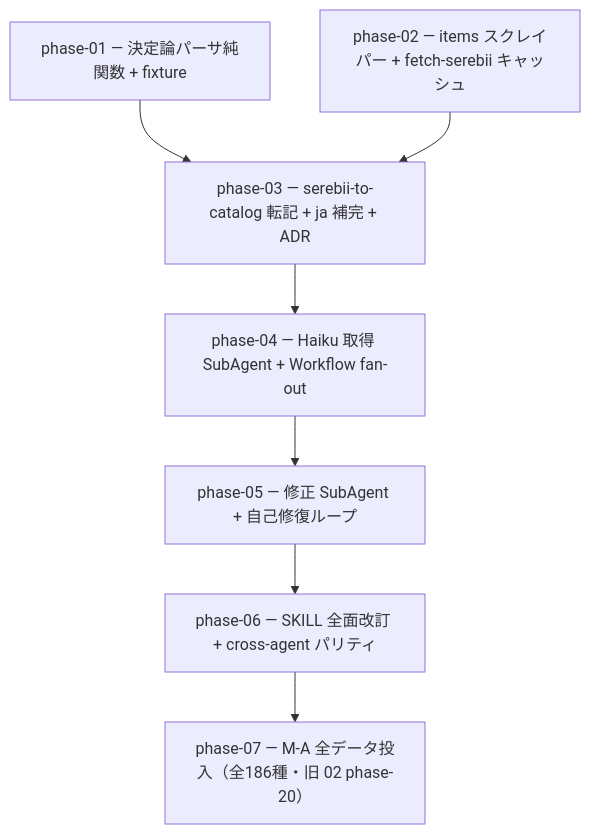
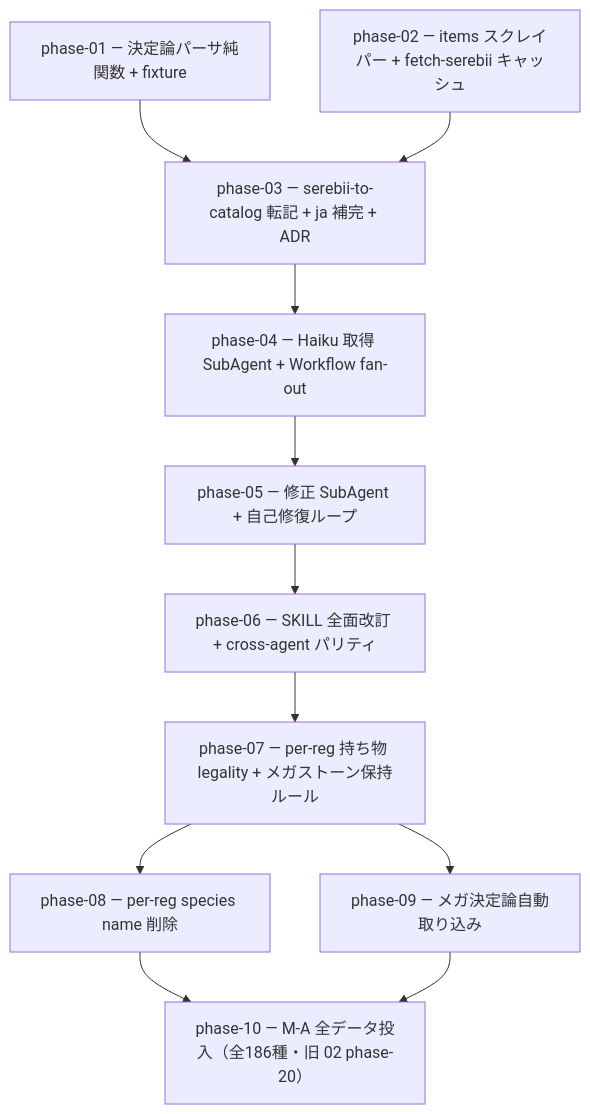
The diagram in docs/plan/03-survey-regulation-rework/README.md (subroh0508/pokeform), drawn with Mermaid before and after one commit. The commit also changed other lines of this file and 9 other files, not shown here.

First line of the commit message:
docs(plan): plan 03 へ per-reg legality / メガ決定論 / name 削除の 3 phase を挿入（M-A 全投入の前段）

````diff
--- a/docs/plan/03-survey-regulation-rework/README.md
+++ b/docs/plan/03-survey-regulation-rework/README.md
@@ -14,9 +16,13 @@
 ```mermaid
 flowchart TD
     P1[phase-01 — 決定論パーサ純関数 + fixture] --> P3[phase-03 — serebii-to-catalog 転記 + ja 補完 + ADR]
     P2[phase-02 — items スクレイパー + fetch-serebii キャッシュ] --> P3
     P3 --> P4[phase-04 — Haiku 取得 SubAgent + Workflow fan-out]
     P4 --> P5[phase-05 — 修正 SubAgent + 自己修復ループ]
     P5 --> P6[phase-06 — SKILL 全面改訂 + cross-agent パリティ]
-    P6 --> P7[phase-07 — M-A 全データ投入（全186種・旧 02 phase-20）]
+    P6 --> P7[phase-07 — per-reg 持ち物 legality + メガストーン保持ルール]
+    P7 --> P8[phase-08 — per-reg species name 削除]
+    P7 --> P9[phase-09 — メガ決定論自動取り込み]
+    P8 --> P10[phase-10 — M-A 全データ投入（全186種・旧 02 phase-20）]
+    P9 --> P10
 ```
````
